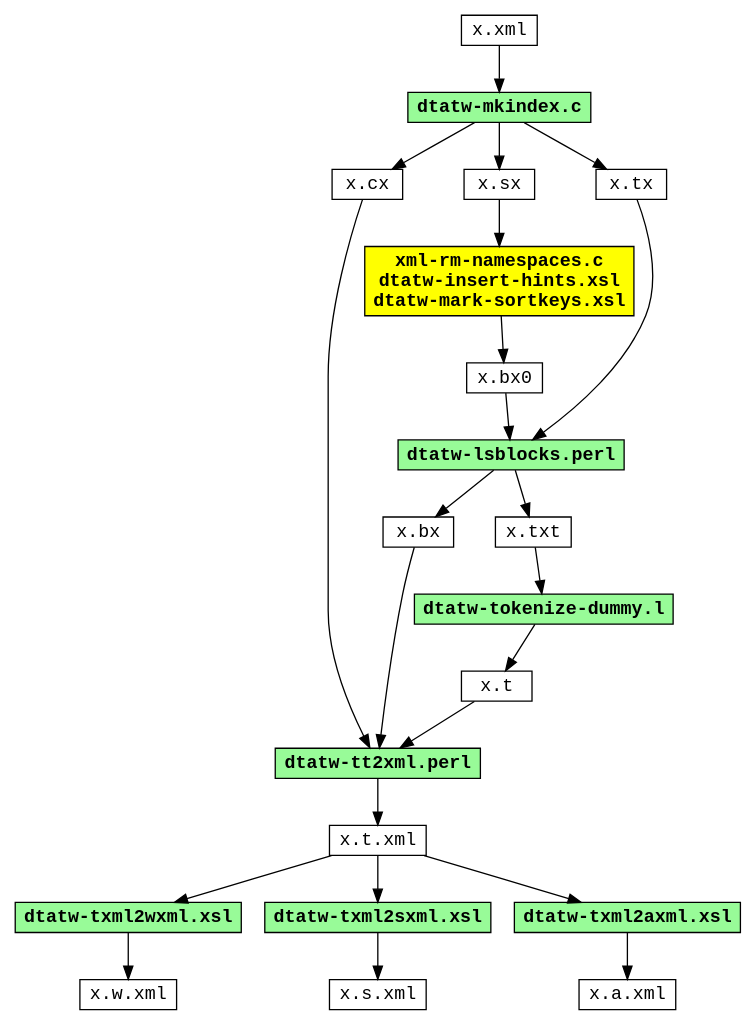
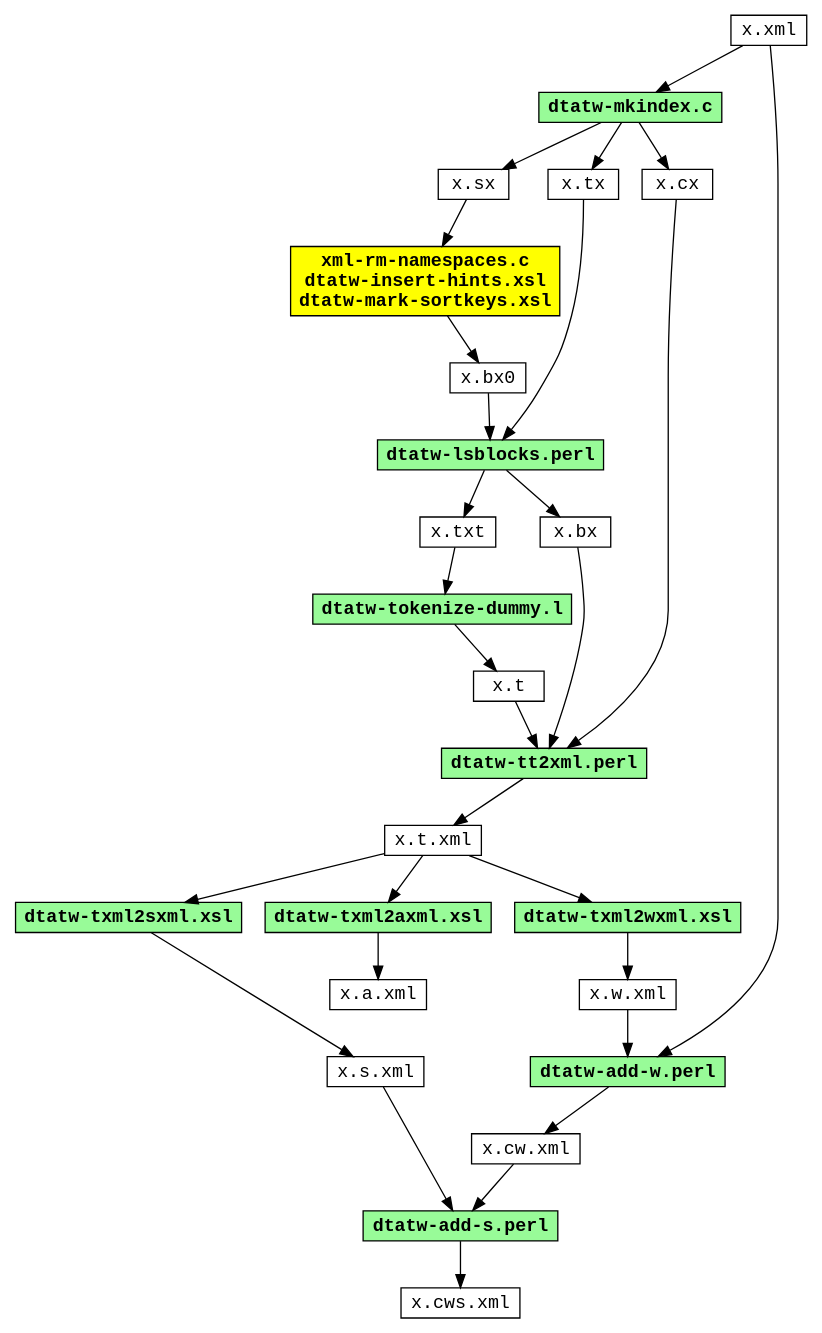
One commit to moocow-the-bovine/dta-tokwrap changed the diagram in doc/dot/dataflow-scripts.dot. Above: the diagram before and after it, drawn with Graphviz. The commit also changed 14 other files, not shown here.

Commit message:
+ splicing scripts: dtatw-add-[sw].perl   - updated docs, README   - added rules to make/Makefile   - added example file make/xmlsrc/ex1a.xml

```diff
--- a/doc/dot/dataflow-scripts.dot
+++ b/doc/dot/dataflow-scripts.dot
@@ -1,62 +1,75 @@
 /* -*- Mode: C -*- */
 digraph dataflow {
   node [shape=rectangle,height=0.25,fontname="Courier"];
   edge [decorate=0,fontname="Courier"];
 
   xml [label="x.xml"];
 
   mkindex [label="dtatw-mkindex.c",shape=rectangle,style=filled,fillcolor=PaleGreen,fontname="Courier-Bold"];
   xml -> mkindex;
 
   cx [label="x.cx"];
   sx [label="x.sx"];
   tx [label="x.tx"];
   mkindex -> cx;
   mkindex -> sx;
   mkindex -> tx;
   {rank=same; cx sx tx}
 
   bx0 [label="x.bx0"];
   mkbx0 [label="xml-rm-namespaces.c\ndtatw-insert-hints.xsl\ndtatw-mark-sortkeys.xsl",shape=rectangle,style=filled,fillcolor=yellow,fontname="Courier-Bold"];
   sx -> mkbx0;
   mkbx0 -> bx0;
 
   bx [label="x.bx"];
   txt [label="x.txt"];
   lsblocks [label="dtatw-lsblocks.perl",shape=rectangle,style=filled,fillcolor=PaleGreen,fontname="Courier-Bold"];
   bx0 -> lsblocks;
   tx  -> lsblocks;
   lsblocks -> bx;
   lsblocks -> txt;
   {rank=same; bx txt}
 
   t [label="x.t"];
   tokenize [label="dtatw-tokenize-dummy.l",shape=rectangle,style=filled,fillcolor=PaleGreen,fontname="Courier-Bold"];
   txt -> tokenize;
   tokenize -> t;
 
   t_xml [label="x.t.xml"];
   t2xml [label="dtatw-tt2xml.perl",shape=rectangle,style=filled,fillcolor=PaleGreen,fontname="Courier-Bold"];
   t -> t2xml;
   bx -> t2xml;
   cx -> t2xml;
   t2xml -> t_xml;
 
   w_xml [label="x.w.xml"];
   txml2wxml [label="dtatw-txml2wxml.xsl",shape=rectangle,style=filled,fillcolor=PaleGreen,fontname="Courier-Bold"];
   t_xml -> txml2wxml;
   txml2wxml -> w_xml;
   //w_xml -> xml [label="xml:base",style=dotted];
 
   s_xml [label="x.s.xml"];
   txml2sxml [label="dtatw-txml2sxml.xsl",shape=rectangle,style=filled,fillcolor=PaleGreen,fontname="Courier-Bold"];
   t_xml -> txml2sxml;
   txml2sxml -> s_xml;
   //s_xml -> w_xml [label="xml:base",style=dotted];
 
   a_xml [label="x.a.xml"];
   txml2axml [label="dtatw-txml2axml.xsl",shape=rectangle,style=filled,fillcolor=PaleGreen,fontname="Courier-Bold"];
   t_xml -> txml2axml;
   txml2axml -> a_xml;
   //a_xml -> w_xml [label="xml:base",style=dotted];
+
+  //-- splicing
+  add_w  [label="dtatw-add-w.perl",shape=rectangle,style=filled,fillcolor=PaleGreen,fontname="Courier-Bold"];
+  w_xml -> add_w;
+  xml   -> add_w;
+  add_w -> cw_xml;
+  cw_xml [label="x.cw.xml"];
+
+  add_s [label="dtatw-add-s.perl",shape=rectangle,style=filled,fillcolor=PaleGreen,fontname="Courier-Bold"];
+  s_xml  -> add_s;
+  cw_xml -> add_s;
+  add_s -> cws_xml;
+  cws_xml [label="x.cws.xml"];
 }
```
